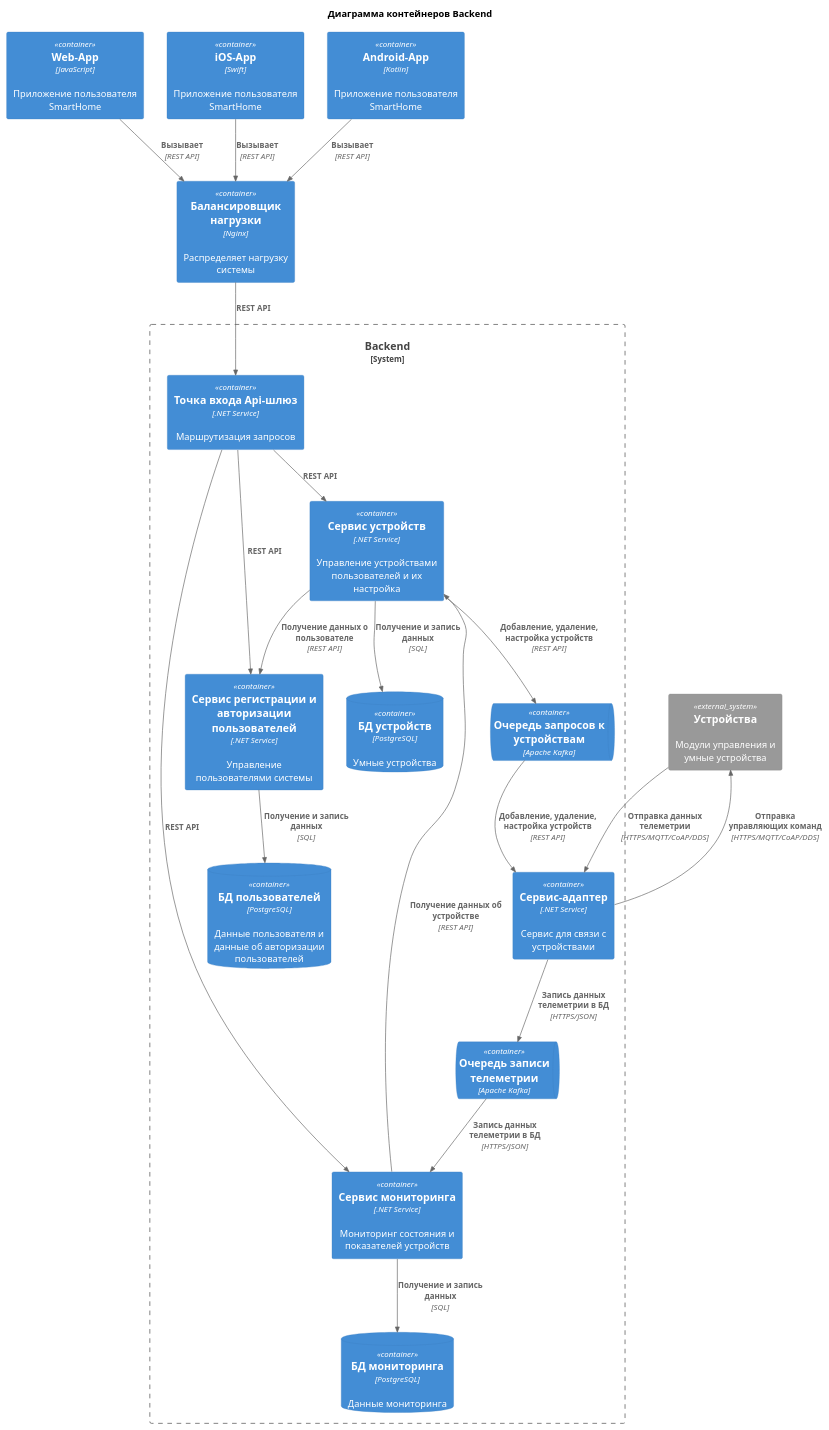
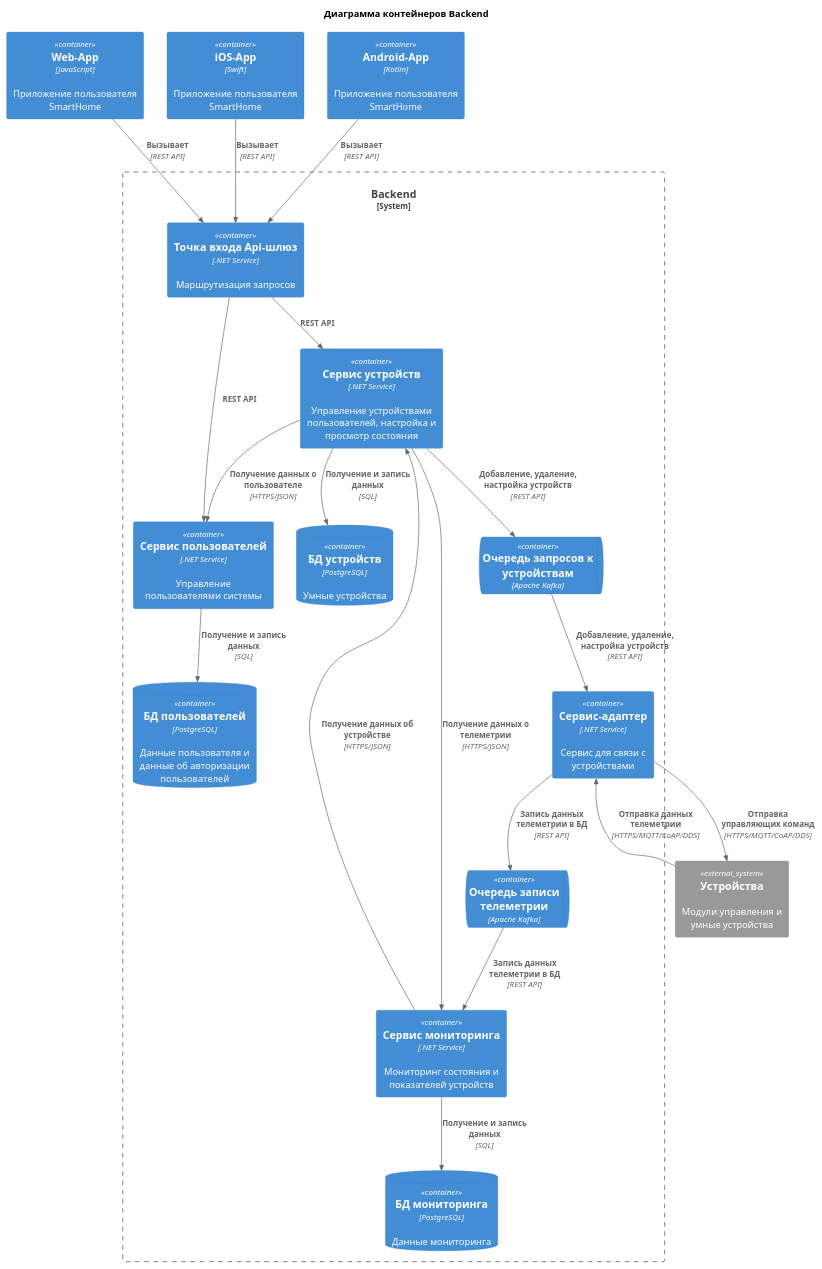
Before and after one commit to egorbos-practicum/architecture-warmhouse: the diagram in diagrams/backend-containers-diagram.puml, drawn with PlantUML. The commit also changed 5 other files, not shown here.

Commit message:
Добавляет диаграммы компонентов

```diff
--- a/diagrams/backend-containers-diagram.puml
+++ b/diagrams/backend-containers-diagram.puml
@@ -1,57 +1,53 @@
 @startuml
 !include <C4/C4_Container>
 
 title Диаграмма контейнеров Backend
 
 Container(WebApplication, "Web-App", "JavaScript", "Приложение пользователя SmartHome")
 Container(IosApplication, "iOS-App", "Swift", "Приложение пользователя SmartHome")
 Container(AndroidApplication, "Android-App", "Kotlin", "Приложение пользователя SmartHome")
 
-Container(LoadBalancer, "Балансировщик нагрузки", "Nginx", "Распределяет нагрузку системы")
-
 System_Boundary(Backend, "Backend") {
     Container(ApiGateway, "Точка входа Api-шлюз", ".NET Service", "Маршрутизация запросов")
 
-    Container(UsersService, "Сервис регистрации и авторизации пользователей", ".NET Service", "Управление пользователями системы",)
-    Container(DevicesService, "Сервис устройств", ".NET Service", "Управление устройствами пользователей и их настройка")
+    Container(UsersService, "Сервис пользователей", ".NET Service", "Управление пользователями системы")
+    Container(DevicesService, "Сервис устройств", ".NET Service", "Управление устройствами пользователей, настройка и просмотр состояния")
     Container(MonitoringService, "Сервис мониторинга", ".NET Service", "Мониторинг состояния и показателей устройств")
 
     ContainerDb(UsersDatabase, "БД пользователей", "PostgreSQL", "Данные пользователя и данные об авторизации пользователей")
     ContainerDb(DevicesDatabase, "БД устройств", "PostgreSQL", "Умные устройства")
     ContainerDb(MonitoringDatabase, "БД мониторинга", "PostgreSQL", "Данные мониторинга")
 
     ContainerQueue(PreferencesQueue, "Очередь запросов к устройствам", "Apache Kafka")
     ContainerQueue(MonitoringQueue, "Очередь записи телеметрии", "Apache Kafka")
 
     Container(DevicesAdapter, "Сервис-адаптер", ".NET Service", "Сервис для связи с устройствами")
 }
 
 System_Ext(Devices, "Устройства", "Модули управления и умные устройства")
 
-Rel(WebApplication, LoadBalancer, "Вызывает", "REST API")
-Rel(IosApplication, LoadBalancer, "Вызывает", "REST API")
-Rel(AndroidApplication, LoadBalancer, "Вызывает", "REST API")
-
-Rel(LoadBalancer, ApiGateway,"REST API")
+Rel(WebApplication, ApiGateway, "Вызывает", "REST API")
+Rel(IosApplication, ApiGateway, "Вызывает", "REST API")
+Rel(AndroidApplication, ApiGateway, "Вызывает", "REST API")
 
 Rel(ApiGateway, UsersService, "REST API")
 Rel(ApiGateway, DevicesService, "REST API")
-Rel(ApiGateway, MonitoringService, "REST API")
 
-Rel(DevicesService, UsersService, "Получение данных о пользователе", "REST API")
-Rel(MonitoringService, DevicesService, "Получение данных об устройстве", "REST API")
+Rel(DevicesService, UsersService, "Получение данных о пользователе", "HTTPS/JSON")
+Rel(DevicesService, MonitoringService, "Получение данных о телеметрии", "HTTPS/JSON")
+Rel(MonitoringService, DevicesService, "Получение данных об устройстве", "HTTPS/JSON")
 
 Rel(UsersService, UsersDatabase, "Получение и запись данных", "SQL")
 Rel(DevicesService, DevicesDatabase, "Получение и запись данных", "SQL")
 Rel(MonitoringService, MonitoringDatabase, "Получение и запись данных", "SQL")
 
 Rel(DevicesService, PreferencesQueue, "Добавление, удаление, настройка устройств", "REST API")
-Rel(MonitoringQueue, MonitoringService, "Запись данных телеметрии в БД", "HTTPS/JSON")
+Rel(MonitoringQueue, MonitoringService, "Запись данных телеметрии в БД", "REST API")
 
 Rel(PreferencesQueue, DevicesAdapter, "Добавление, удаление, настройка устройств", "REST API")
-Rel(DevicesAdapter, MonitoringQueue, "Запись данных телеметрии в БД", "HTTPS/JSON")
+Rel(DevicesAdapter, MonitoringQueue, "Запись данных телеметрии в БД", "REST API")
 
 Rel(DevicesAdapter, Devices, "Отправка управляющих команд", "HTTPS/MQTT/CoAP/DDS")
 Rel(Devices, DevicesAdapter, "Отправка данных телеметрии", "HTTPS/MQTT/CoAP/DDS")
 
 @enduml
```
